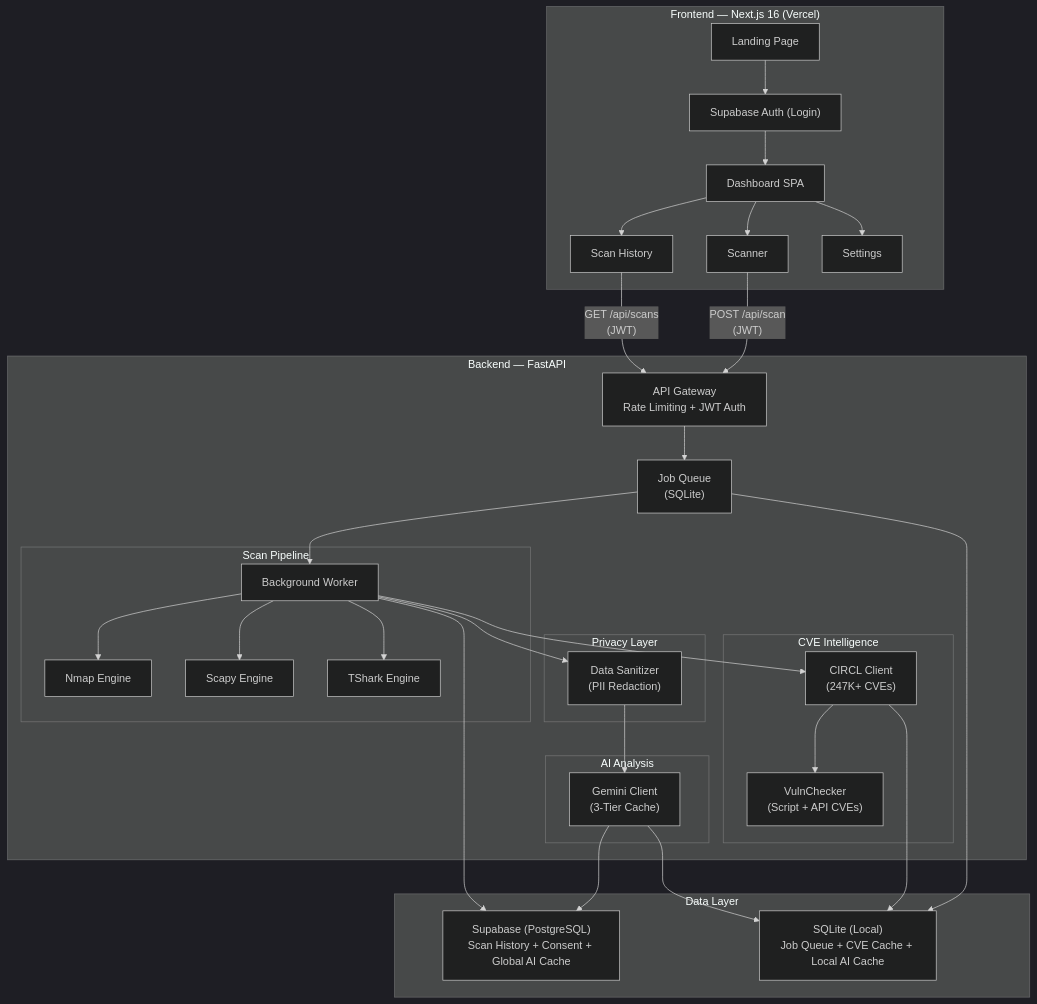
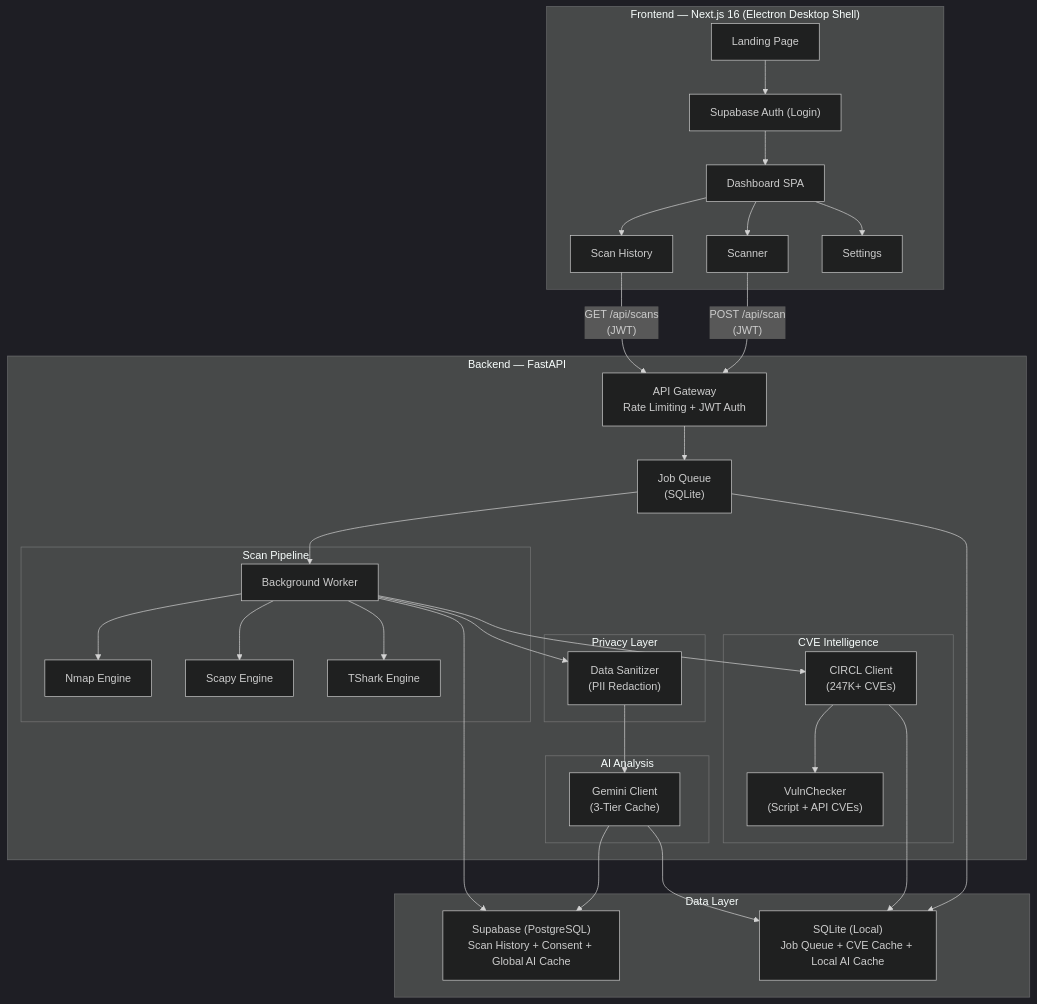
The first of 3 diagrams in README.md (Kalpesh-ops/aegir), drawn with Mermaid (dark theme) before and after one commit. The commit also changed other lines of this file, not shown here.

````diff
--- a/README.md
+++ b/README.md
@@ -40,48 +40,48 @@
 ```mermaid
 graph TB
-    subgraph "Frontend — Next.js 16 (Vercel)"
+    subgraph "Frontend — Next.js 16 (Electron Desktop Shell)"
         A["Landing Page"] --> B["Supabase Auth (Login)"]
         B --> C["Dashboard SPA"]
         C --> C1["Scanner"]
         C --> C2["Scan History"]
         C --> C3["Settings"]
     end
 
     subgraph "Backend — FastAPI"
         D["API Gateway<br/>Rate Limiting + JWT Auth"]
         D --> E["Job Queue<br/>(SQLite)"]
         E --> F["Background Worker"]
 
         subgraph "Scan Pipeline"
             F --> G["Nmap Engine"]
             F --> H["Scapy Engine"]
             F --> I["TShark Engine"]
         end
 
         subgraph "CVE Intelligence"
             F --> J["CIRCL Client<br/>(247K+ CVEs)"]
             J --> K["VulnChecker<br/>(Script + API CVEs)"]
         end
 
         subgraph "Privacy Layer"
             F --> L["Data Sanitizer<br/>(PII Redaction)"]
         end
 
         subgraph "AI Analysis"
             L --> M["Gemini Client<br/>(3-Tier Cache)"]
         end
     end
 
     subgraph "Data Layer"
         N["Supabase (PostgreSQL)<br/>Scan History + Consent + Global AI Cache"]
         O["SQLite (Local)<br/>Job Queue + CVE Cache + Local AI Cache"]
     end
 
     C1 -- "POST /api/scan<br/>(JWT)" --> D
     C2 -- "GET /api/scans<br/>(JWT)" --> D
     M --> N
     F --> N
     E --> O
     J --> O
     M --> O
 ```
````
